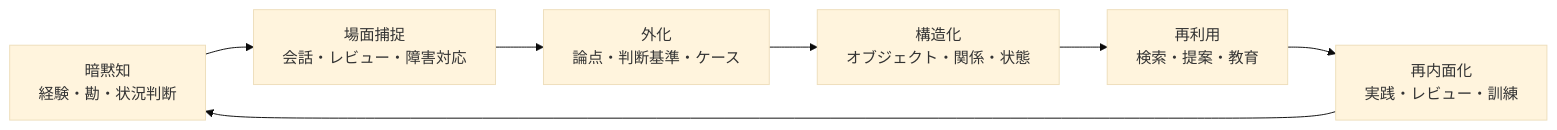
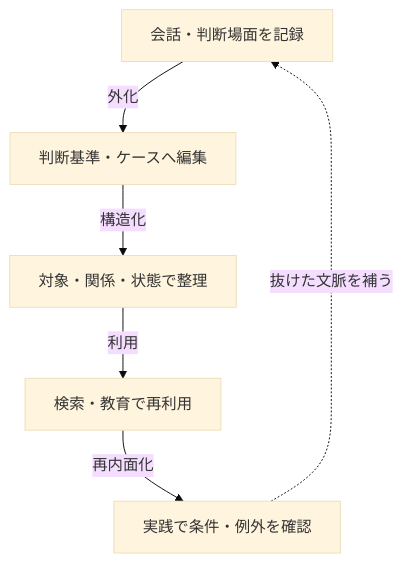
Before and after one commit to daylight55/research: the ninth of 13 diagrams in articles/report/ai-llm-ontology-memory/ja/index.mdx, drawn with Mermaid (base theme). The commit also changed other lines of this file and 181 other files, not shown here.

First line of the commit message:
全記事の図解368点を再生成し、共通注意書きを削除 (#402)

````diff
--- a/articles/report/ai-llm-ontology-memory/ja/index.mdx
+++ b/articles/report/ai-llm-ontology-memory/ja/index.mdx
@@ -316,9 +369,15 @@
 ```mermaid
-flowchart LR
-  Tacit["暗黙知<br/>経験・勘・状況判断"] --> Capture["場面捕捉<br/>会話・レビュー・障害対応"]
-  Capture --> Externalize["外化<br/>論点・判断基準・ケース"]
-  Externalize --> Structure["構造化<br/>オブジェクト・関係・状態"]
-  Structure --> Reuse["再利用<br/>検索・提案・教育"]
-  Reuse --> Internalize["再内面化<br/>実践・レビュー・訓練"]
-  Internalize --> Tacit
+flowchart TD
+  accTitle: 暗黙知を記録し実践で確かめる
+  accDescr: 場面の記録を判断基準やケースへ編集し、検索・教育に使う。再利用後の実践で抜けた文脈を補う。
+  N0["会話・判断場面を記録"]
+  N1["判断基準・ケースへ編集"]
+  N2["対象・関係・状態で整理"]
+  N3["検索・教育で再利用"]
+  N4["実践で条件・例外を確認"]
+  N0 -->|外化| N1
+  N1 -->|構造化| N2
+  N2 -->|利用| N3
+  N3 -->|再内面化| N4
+  N4 -.->|抜けた文脈を補う| N0
 ```
````
